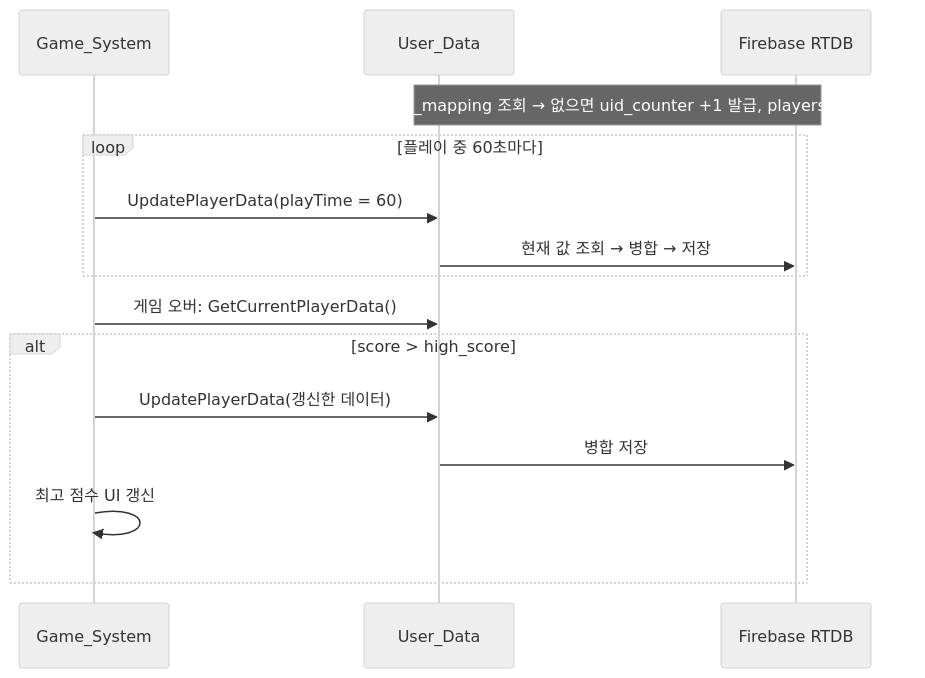
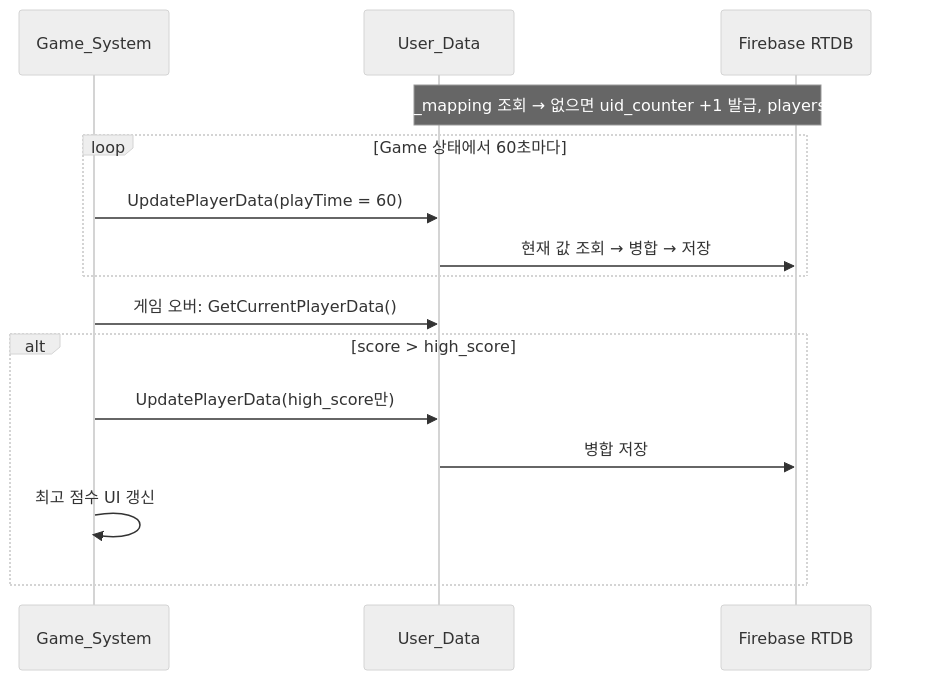
One commit to NaJungWon/portfolio changed the sixth of 6 diagrams in src/05-meow2048/기술문서.md. Above: the diagram before and after it, drawn with Mermaid. The commit also changed other lines of this file and 1 other file, not shown here.

````diff
--- a/src/05-meow2048/기술문서.md
+++ b/src/05-meow2048/기술문서.md
@@ -540,18 +543,18 @@
 ```mermaid
 %%{init: {'theme':'neutral'}}%%
 sequenceDiagram
     participant G as Game_System
     participant U as User_Data
     participant DB as Firebase RTDB
     Note over U,DB: 시작: device_mapping 조회 → 없으면 uid_counter +1 발급, players/{UID} 생성
-    loop 플레이 중 60초마다
+    loop Game 상태에서 60초마다
         G->>U: UpdatePlayerData(playTime = 60)
         U->>DB: 현재 값 조회 → 병합 → 저장
     end
     G->>U: 게임 오버: GetCurrentPlayerData()
     alt score > high_score
-        G->>U: UpdatePlayerData(갱신한 데이터)
+        G->>U: UpdatePlayerData(high_score만)
         U->>DB: 병합 저장
         G->>G: 최고 점수 UI 갱신
     end
 ```
````
